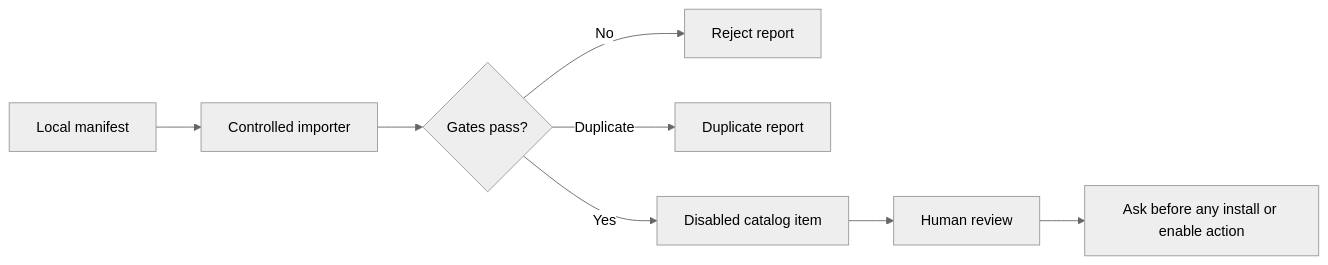
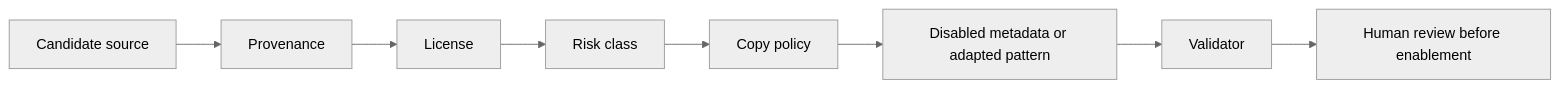
One commit to srednoff888-art/srednoff-os changed the third of 3 diagrams in README.md. Above: the diagram before and after it, drawn with Mermaid (neutral theme). The commit also changed other lines of this file and 7 other files, not shown here.

````diff
--- a/README.md
+++ b/README.md
@@ -323,10 +202,10 @@
 ```mermaid
 flowchart LR
-    M["Local manifest"] --> I["Controlled importer"]
-    I --> G{"Gates pass?"}
-    G -- "No" --> R["Reject report"]
-    G -- "Duplicate" --> D["Duplicate report"]
-    G -- "Yes" --> C["Disabled catalog item"]
-    C --> H["Human review"]
-    H --> A["Ask before any install or enable action"]
+    A["Candidate source"] --> B["Provenance"]
+    B --> C["License"]
+    C --> D["Risk class"]
+    D --> E["Copy policy"]
+    E --> F["Disabled metadata or adapted pattern"]
+    F --> G["Validator"]
+    G --> H["Human review before enablement"]
 ```
````
